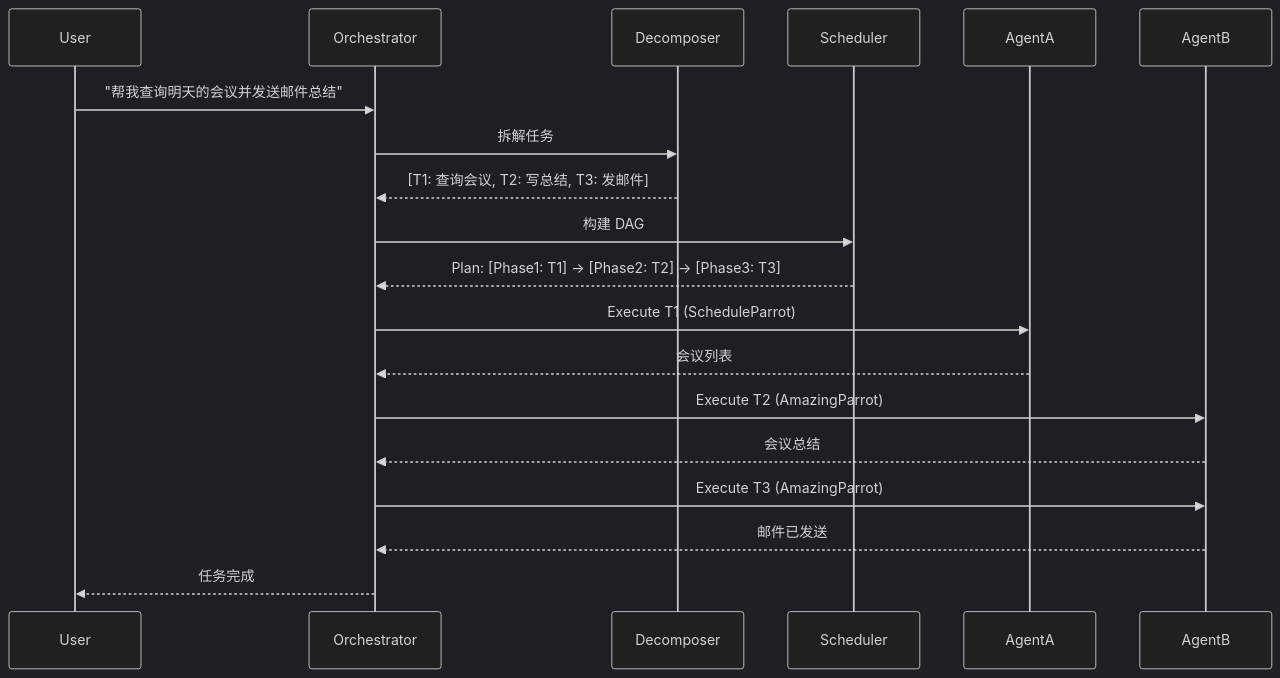
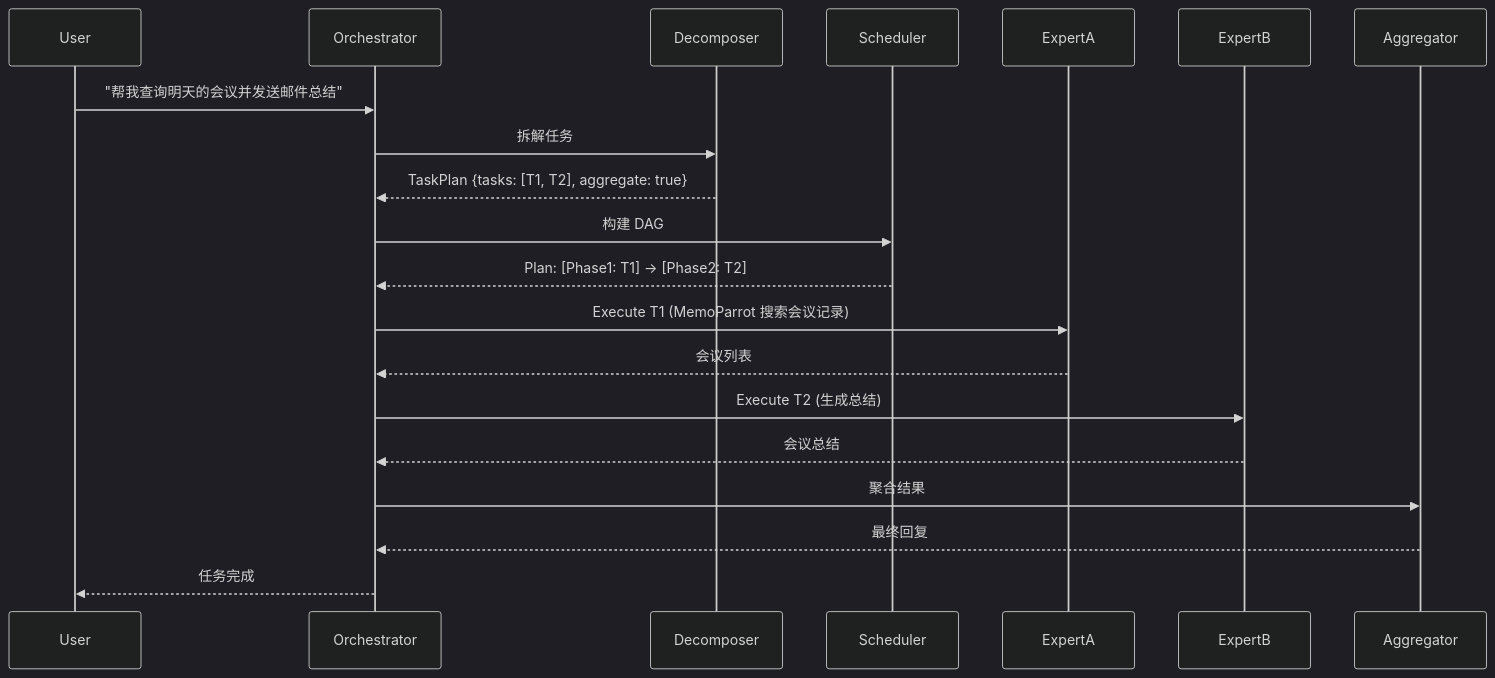
Before and after one commit to 88lin/divinesense: the second of 2 diagrams in ai/agents/orchestrator/README.md, drawn with Mermaid (dark theme). The commit also changed other lines of this file and 27 other files, not shown here.

````diff
--- a/ai/agents/orchestrator/README.md
+++ b/ai/agents/orchestrator/README.md
@@ -39,27 +52,28 @@
 ```mermaid
 sequenceDiagram
     participant User
     participant Orchestrator
     participant Decomposer
     participant Scheduler
-    participant AgentA
-    participant AgentB
-    
+    participant ExpertA
+    participant ExpertB
+    participant Aggregator
+
     User->>Orchestrator: "帮我查询明天的会议并发送邮件总结"
     Orchestrator->>Decomposer: 拆解任务
-    Decomposer-->>Orchestrator: [T1: 查询会议, T2: 写总结, T3: 发邮件]
-    
+    Decomposer-->>Orchestrator: TaskPlan {tasks: [T1, T2], aggregate: true}
+
     Orchestrator->>Scheduler: 构建 DAG
-    Scheduler-->>Orchestrator: Plan: [Phase1: T1] -> [Phase2: T2] -> [Phase3: T3]
-    
-    Orchestrator->>AgentA: Execute T1 (ScheduleParrot)
-    AgentA-->>Orchestrator: 会议列表
-    
-    Orchestrator->>AgentB: Execute T2 (AmazingParrot)
-    AgentB-->>Orchestrator: 会议总结
-    
-    Orchestrator->>AgentB: Execute T3 (AmazingParrot)
-    AgentB-->>Orchestrator: 邮件已发送
-    
+    Scheduler-->>Orchestrator: Plan: [Phase1: T1] -> [Phase2: T2]
+
+    Orchestrator->>ExpertA: Execute T1 (MemoParrot 搜索会议记录)
+    ExpertA-->>Orchestrator: 会议列表
+
+    Orchestrator->>ExpertB: Execute T2 (生成总结)
+    ExpertB-->>Orchestrator: 会议总结
+
+    Orchestrator->>Aggregator: 聚合结果
+    Aggregator-->>Orchestrator: 最终回复
+
     Orchestrator-->>User: 任务完成
 ```
````
